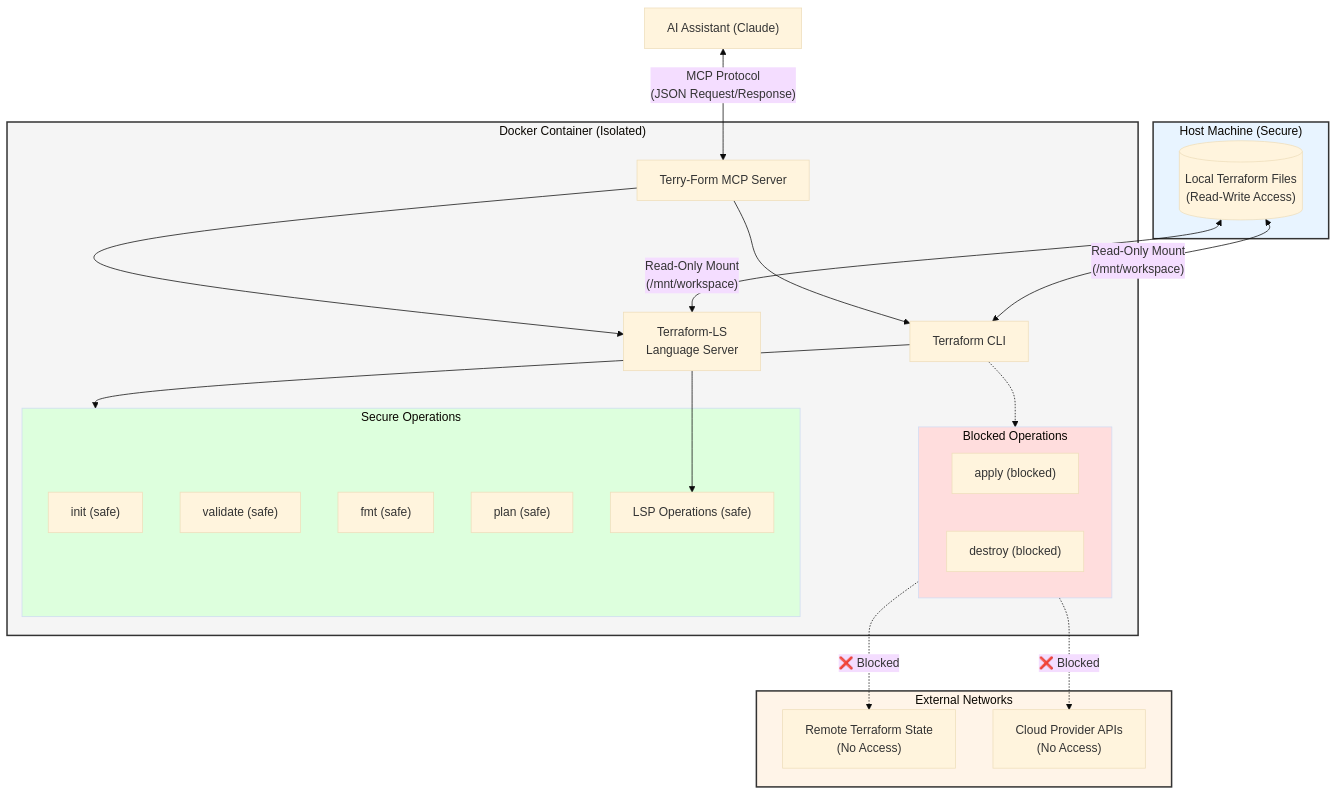
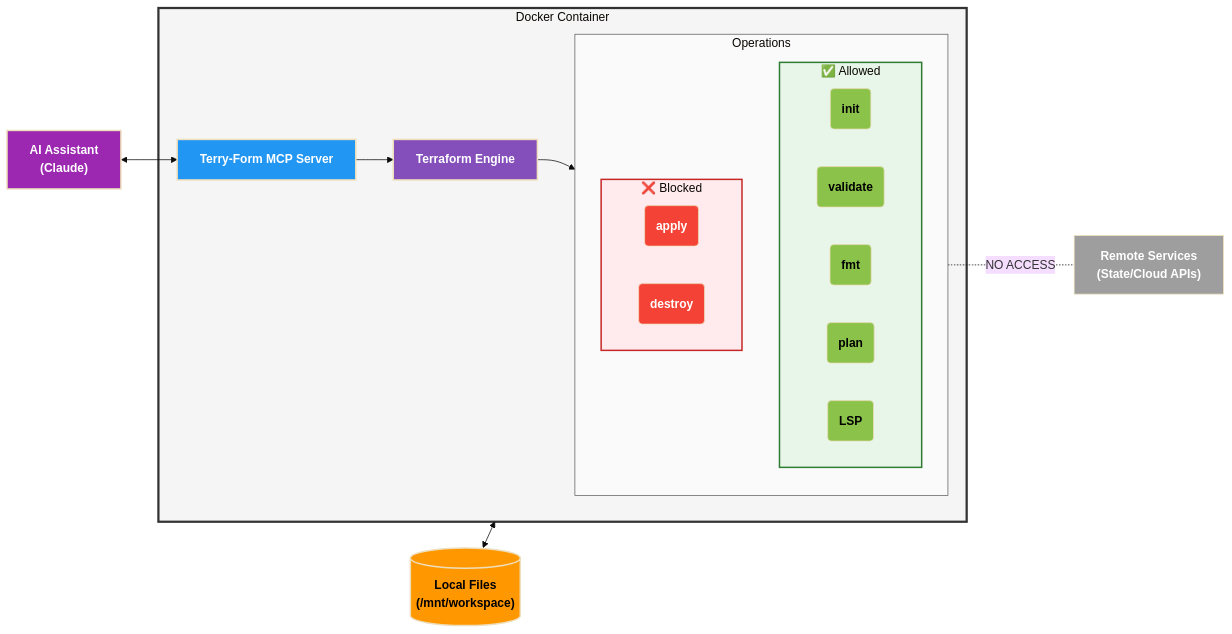
One commit to aj-geddes/terry-form-mcp changed the second of 3 diagrams in README.md. Above: the diagram before and after it, drawn with Mermaid (base theme). The commit also changed other lines of this file, not shown here.

Commit message:
Update README.md
Mermaid fight! - I think I won.

````diff
--- a/README.md
+++ b/README.md
@@ -32,51 +53,56 @@
 ```mermaid
-flowchart TD
-    subgraph Host["Host Machine (Secure)"]
-        LocalFiles[("Local Terraform Files\n(Read-Write Access)")]
-    end
+flowchart LR
+    %% Main components
+    Claude["AI Assistant\n(Claude)"]:::claude
     
-    subgraph Container["Docker Container (Isolated)"]
-        MCP["Terry-Form MCP Server"]
-        TFLS["Terraform-LS\nLanguage Server"]
-        TF["Terraform CLI"]
+    %% Docker container with components
+    subgraph Container["Docker Container"]
+        MCP["Terry-Form MCP Server"]:::mcp
+        TF["Terraform Engine"]:::terraform
         
-        subgraph SecureOperations["Secure Operations"]
-            Init["init (safe)"]
-            Validate["validate (safe)"]
-            Fmt["fmt (safe)"]
-            Plan["plan (safe)"]
-            LSP["LSP Operations (safe)"]
-        end
-        
-        subgraph BlockedOperations["Blocked Operations"]
-            Apply["apply (blocked)"]
-            Destroy["destroy (blocked)"]
+        %% Operations subgraph
+        subgraph Operations["Operations"]
+            direction TB
+            
+            %% Allowed operations
+            subgraph Allowed["✅ Allowed"]
+                Init("init"):::safe
+                Validate("validate"):::safe
+                Format("fmt"):::safe
+                Plan("plan"):::safe
+                LSP("LSP"):::safe
+            end
+            
+            %% Blocked operations
+            subgraph Blocked["❌ Blocked"]
+                Apply("apply"):::blocked
+                Destroy("destroy"):::blocked
+            end
         end
     end
     
-    subgraph Network["External Networks"]
-        Remote["Remote Terraform State\n(No Access)"]
-        Provider["Cloud Provider APIs\n(No Access)"]
-    end
+    %% External components
+    Files[("Local Files\n(/mnt/workspace)")]:::files
+    External["Remote Services\n(State/Cloud APIs)"]:::external
     
-    Claude["AI Assistant (Claude)"] <-- "MCP Protocol\n(JSON Request/Response)" --> MCP
+    %% Connections
+    Claude <--> MCP
+    MCP --> TF
+    TF --> Operations
+    Files <--> Container
+    Blocked -.- |"NO ACCESS"| External
     
-    MCP --> TFLS
-    MCP --> TF
+    %% Styling
+    classDef claude fill:#9C27B0,color:#FFFFFF,stroke-width:2px,font-weight:bold
+    classDef mcp fill:#2196F3,color:#FFFFFF,stroke-width:2px,font-weight:bold
+    classDef terraform fill:#844FBA,color:#FFFFFF,stroke-width:2px,font-weight:bold
+    classDef files fill:#FF9800,color:#000000,stroke-width:2px,font-weight:bold
+    classDef safe fill:#8BC34A,color:#000000,stroke-width:1px,font-weight:bold
+    classDef blocked fill:#F44336,color:#FFFFFF,stroke-width:1px,font-weight:bold
+    classDef external fill:#9E9E9E,color:#FFFFFF,stroke-width:1px,font-weight:bold
     
-    TF --> SecureOperations
-    TFLS --> LSP
-    
-    LocalFiles <-- "Read-Only Mount\n(/mnt/workspace)" --> TF
-    LocalFiles <-- "Read-Only Mount\n(/mnt/workspace)" --> TFLS
-    
-    TF -.-> BlockedOperations
-    BlockedOperations -.-> |"❌ Blocked"| Remote
-    BlockedOperations -.-> |"❌ Blocked"| Provider
-    
-    style BlockedOperations fill:#ffdddd
-    style SecureOperations fill:#ddffdd
-    style Container fill:#f5f5f5,stroke:#333,stroke-width:2px
-    style Host fill:#e8f4ff,stroke:#333,stroke-width:2px
-    style Network fill:#fff4e8,stroke:#333,stroke-width:2px
+    style Container fill:#F5F5F5,stroke:#333333,stroke-width:3px
+    style Operations fill:#FAFAFA,stroke:#616161,stroke-width:1px
+    style Allowed fill:#E8F5E9,stroke:#2E7D32,stroke-width:2px
+    style Blocked fill:#FFEBEE,stroke:#C62828,stroke-width:2px
 ```
````
